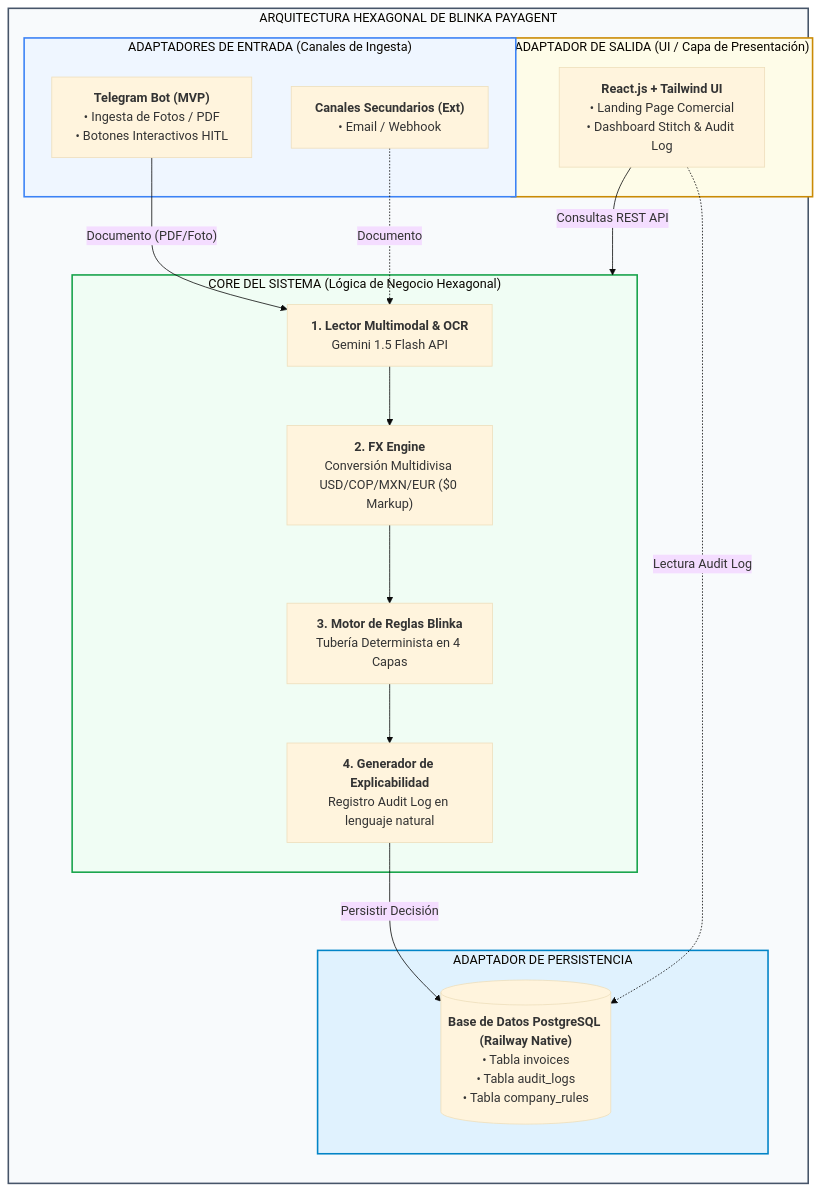
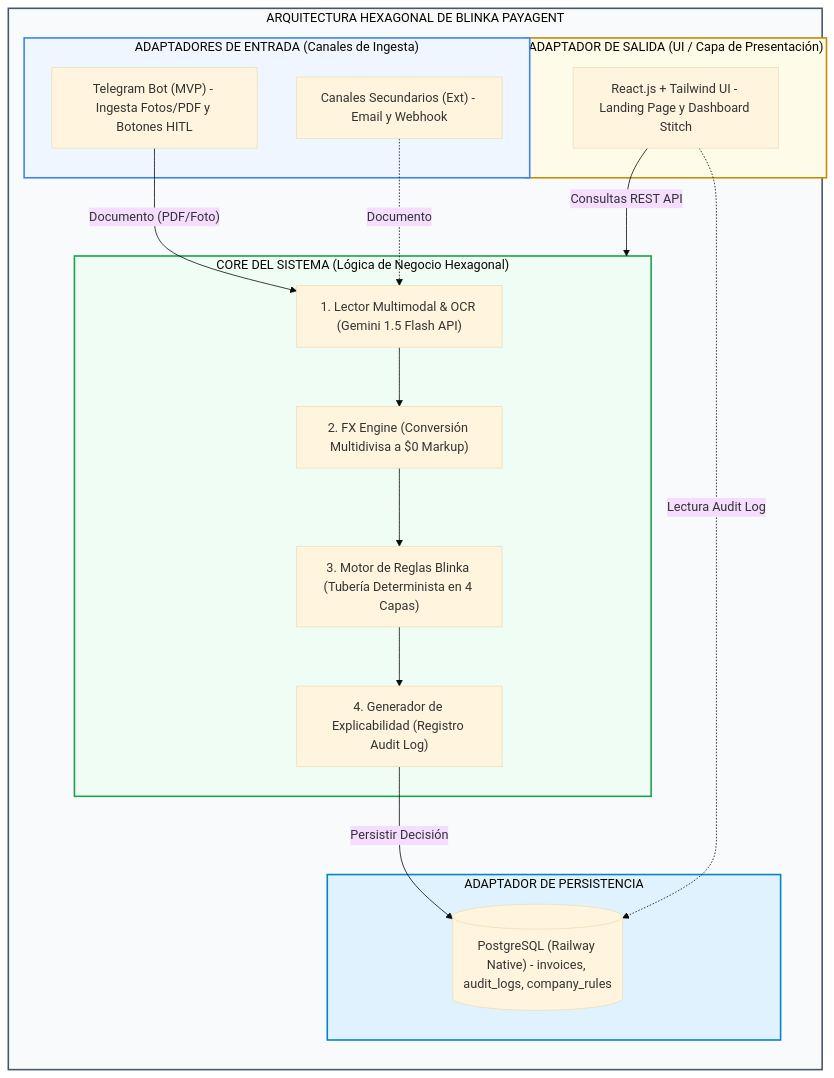
One commit to Oriojas/30X_404_team changed the first of 2 diagrams in plan_de_trabajo.md. Above: the diagram before and after it, drawn with Mermaid (base theme). The commit also changed other lines of this file and 6 other files, not shown here.

First line of the commit message:
fix: corregir sintaxis de diagramas mermaid y eliminar etiquetas html visibles

````diff
--- a/plan_de_trabajo.md
+++ b/plan_de_trabajo.md
@@ -18,40 +18,40 @@
 ```mermaid
 flowchart TD
     subgraph System ["ARQUITECTURA HEXAGONAL DE BLINKA PAYAGENT"]
         direction TB
 
         subgraph InAdapters ["ADAPTADORES DE ENTRADA (Canales de Ingesta)"]
-            Telegram["<b>Telegram Bot (MVP)</b><br/>• Ingesta de Fotos / PDF<br/>• Botones Interactivos HITL"]
-            OtherChannels["<b>Canales Secundarios (Ext)</b><br/>• Email / Webhook"]
+            Telegram["Telegram Bot (MVP) - Ingesta Fotos/PDF y Botones HITL"]
+            OtherChannels["Canales Secundarios (Ext) - Email y Webhook"]
         end
 
         subgraph OutAdapters ["ADAPTADOR DE SALIDA (UI / Capa de Presentación)"]
-            ReactUI["<b>React.js + Tailwind UI</b><br/>• Landing Page Comercial<br/>• Dashboard Stitch & Audit Log"]
+            ReactUI["React.js + Tailwind UI - Landing Page y Dashboard Stitch"]
         end
 
         subgraph Core ["CORE DEL SISTEMA (Lógica de Negocio Hexagonal)"]
-            OCR["<b>1. Lector Multimodal & OCR</b><br/>Gemini 1.5 Flash API"]
-            FX["<b>2. FX Engine</b><br/>Conversión Multidivisa USD/COP/MXN/EUR ($0 Markup)"]
-            Rules["<b>3. Motor de Reglas Blinka</b><br/>Tubería Determinista en 4 Capas"]
-            Audit["<b>4. Generador de Explicabilidad</b><br/>Registro Audit Log en lenguaje natural"]
+            OCR["1. Lector Multimodal & OCR (Gemini 1.5 Flash API)"]
+            FX["2. FX Engine (Conversión Multidivisa a $0 Markup)"]
+            Rules["3. Motor de Reglas Blinka (Tubería Determinista en 4 Capas)"]
+            Audit["4. Generador de Explicabilidad (Registro Audit Log)"]
 
             OCR --> FX --> Rules --> Audit
         end
 
         subgraph PersistAdapter ["ADAPTADOR DE PERSISTENCIA"]
-            DB[("<b>Base de Datos PostgreSQL (Railway Native)</b><br/>• Tabla invoices<br/>• Tabla audit_logs<br/>• Tabla company_rules")]
+            DB[("PostgreSQL (Railway Native) - invoices, audit_logs, company_rules")]
         end
 
         Telegram -->|"Documento (PDF/Foto)"| OCR
         OtherChannels -.->|"Documento"| OCR
         Audit -->|"Persistir Decisión"| DB
         ReactUI -->|"Consultas REST API"| Core
         ReactUI -.->|"Lectura Audit Log"| DB
     end
 
     style System fill:#f8fafc,stroke:#475569,stroke-width:2px
     style InAdapters fill:#eff6ff,stroke:#3b82f6,stroke-width:2px
     style OutAdapters fill:#fefce8,stroke:#ca8a04,stroke-width:2px
     style Core fill:#f0fdf4,stroke:#16a34a,stroke-width:2px
     style PersistAdapter fill:#e0f2fe,stroke:#0284c7,stroke-width:2px
 ```
````
